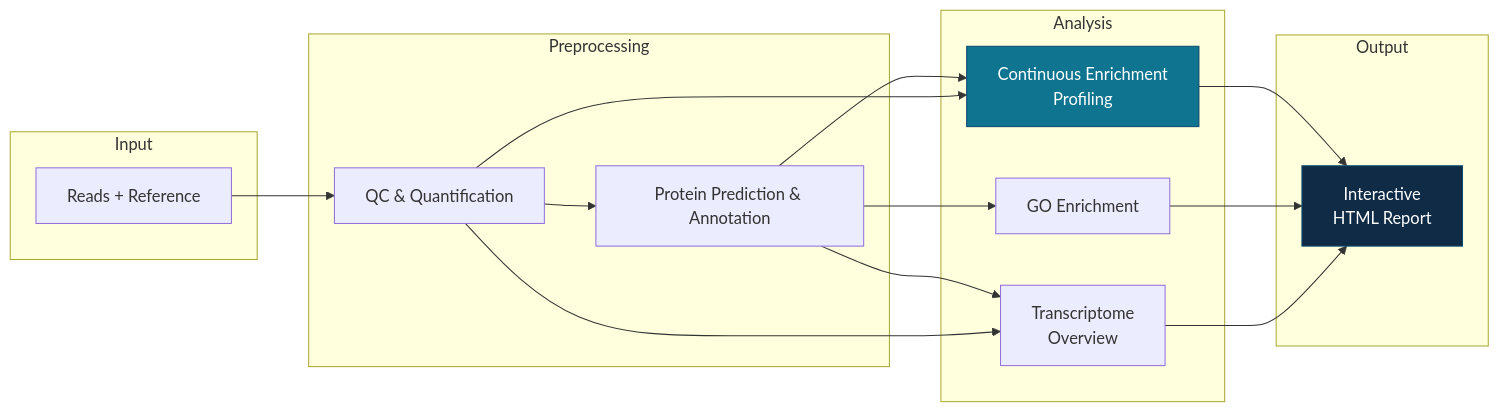
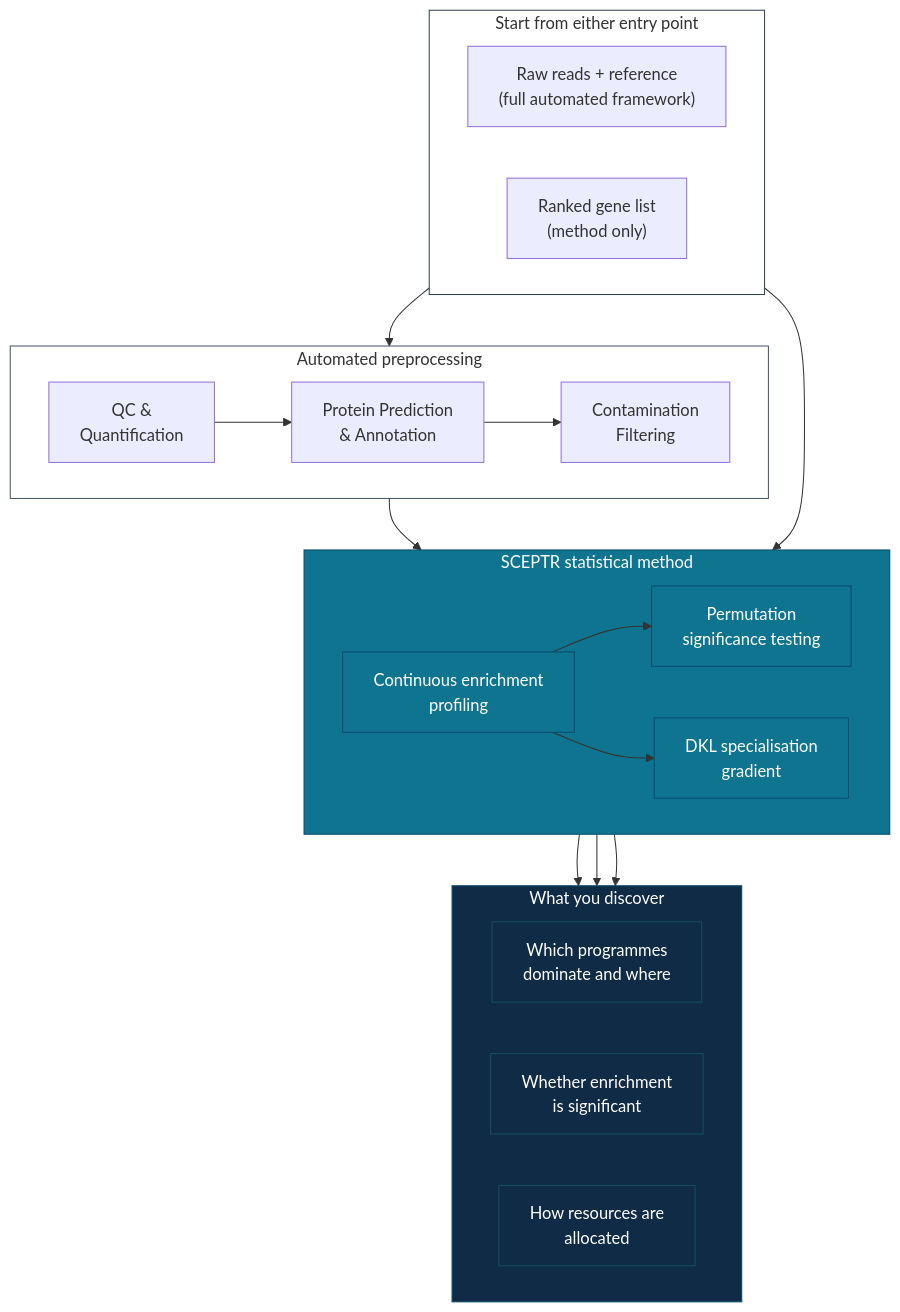
Before and after one commit to jsmccabe1/SCEPTR: the diagram in README.md, drawn with Mermaid. The commit also changed other lines of this file and 1 other file, not shown here.

Commit message:
Redesign README and website to highlight dual-audience appeal
- Replace linear pipeline mermaid diagram with two-entry-point design
  showing SCEPTR as both a standalone statistical method and an automated
  framework
- Update website pipeline section to side-by-side tracks (method vs
  framework) with matched card styling and hover effects
- Fix val-card sizing and hover effects to match feature cards
- Replace 'pipeline' with 'framework' in user-facing text

````diff
--- a/README.md
+++ b/README.md
@@ -93,27 +95,46 @@
 ```mermaid
-graph LR
-    subgraph Input
-        A["Reads + Reference"]
-    end
-    subgraph Preprocessing
-        B["QC & Quantification"]
-        C["Protein Prediction & Annotation"]
-    end
-    subgraph Analysis
-        D["Continuous Enrichment<br/>Profiling"]
-        E["GO Enrichment"]
-        F["Transcriptome<br/>Overview"]
-    end
-    subgraph Output
-        G["Interactive<br/>HTML Report"]
+graph TB
+    subgraph entry ["Start from either entry point"]
+        direction LR
+        A["Raw reads + reference\n(full automated framework)"]
+        B["Ranked gene list\n(method only)"]
     end
 
-    A --> B --> C --> D --> G
-    C --> E --> G
-    C --> F --> G
-    B --> D
+    subgraph auto ["Automated preprocessing"]
+        direction LR
+        C["QC &\nQuantification"]
+        D["Protein Prediction\n& Annotation"]
+        E["Contamination\nFiltering"]
+    end
+
+    subgraph method ["SCEPTR statistical method"]
+        direction LR
+        F["Continuous enrichment\nprofiling"]
+        G["Permutation\nsignificance testing"]
+        H["DKL specialisation\ngradient"]
+    end
+
+    subgraph insight ["What you discover"]
+        direction LR
+        I["Which programmes\ndominate and where"]
+        J["Whether enrichment\nis significant"]
+        K["How resources are\nallocated"]
+    end
+
+    A --> C --> D --> E --> F
     B --> F
+    F --> G --> I
+    F --> H --> K
+    G --> J
 
-    style D fill:#0e7490,stroke:#0c4a6e,color:#fff
-    style G fill:#0f2b46,stroke:#0c4a6e,color:#fff
+    style entry fill:none,stroke:#334155
+    style auto fill:none,stroke:#475569
+    style method fill:#0e7490,stroke:#0c4a6e,color:#fff
+    style insight fill:#0f2b46,stroke:#0c4a6e,color:#fff
+    style F fill:#0e7490,stroke:#0c4a6e,color:#fff
+    style G fill:#0e7490,stroke:#0c4a6e,color:#fff
+    style H fill:#0e7490,stroke:#0c4a6e,color:#fff
+    style I fill:#0f2b46,stroke:#164e63,color:#fff
+    style J fill:#0f2b46,stroke:#164e63,color:#fff
+    style K fill:#0f2b46,stroke:#164e63,color:#fff
 ```
````
